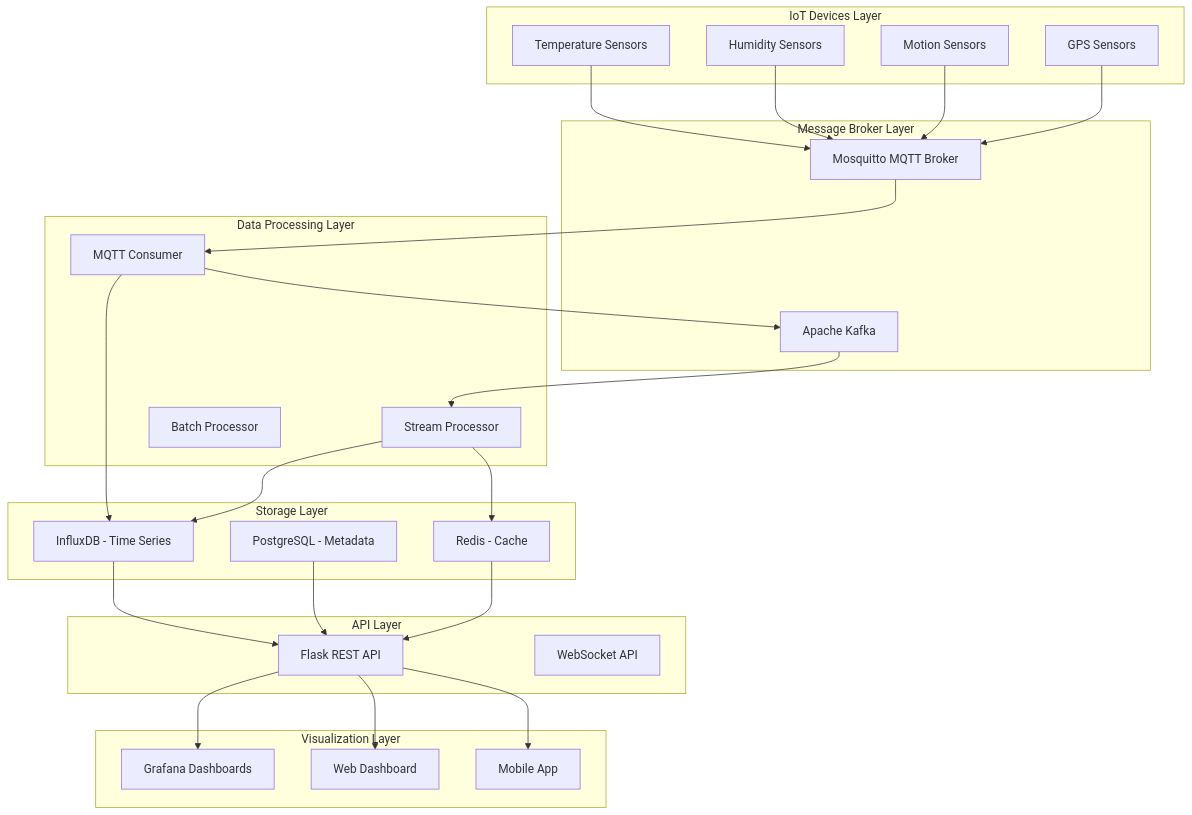
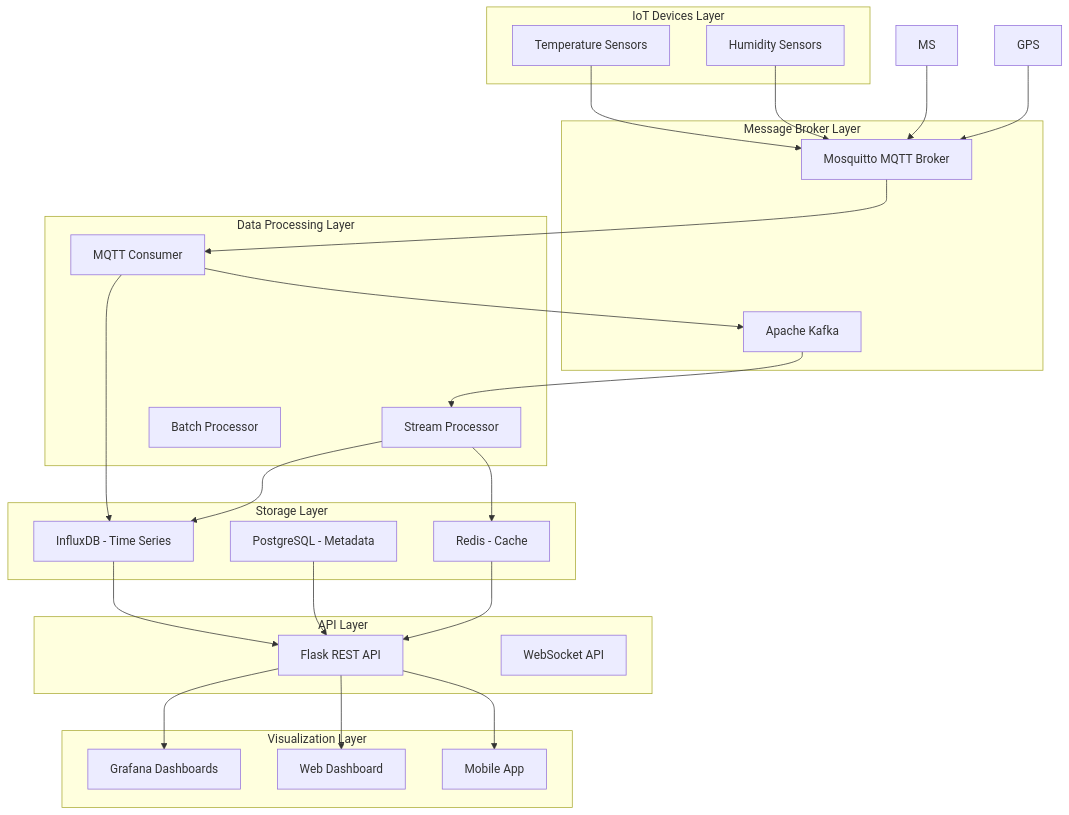
The first of 5 diagrams in README.md (PENE18/iot-data-engineering), drawn with Mermaid before and after one commit.

````diff
--- a/README.md
+++ b/README.md
@@ -29,58 +29,56 @@
 ```mermaid
 graph TB
     subgraph "IoT Devices Layer"
         TS[Temperature Sensors]
         HS[Humidity Sensors]
-        MS[Motion Sensors]
-        GPS[GPS Sensors]
     end
     
     subgraph "Message Broker Layer"
         MQTT[Mosquitto MQTT Broker]
         KAFKA[Apache Kafka]
     end
     
     subgraph "Data Processing Layer"
         CONSUMER[MQTT Consumer]
         STREAM[Stream Processor]
         BATCH[Batch Processor]
     end
     
     subgraph "Storage Layer"
         INFLUX[InfluxDB - Time Series]
         POSTGRES[PostgreSQL - Metadata]
         REDIS[Redis - Cache]
     end
     
     subgraph "API Layer"
         REST[Flask REST API]
         WS[WebSocket API]
     end
     
     subgraph "Visualization Layer"
         GRAFANA[Grafana Dashboards]
         WEB[Web Dashboard]
         MOBILE[Mobile App]
     end
     
     TS --> MQTT
     HS --> MQTT
     MS --> MQTT
     GPS --> MQTT
     
     MQTT --> CONSUMER
     CONSUMER --> KAFKA
     CONSUMER --> INFLUX
     
     KAFKA --> STREAM
     STREAM --> REDIS
     STREAM --> INFLUX
     
     INFLUX --> REST
     POSTGRES --> REST
     REDIS --> REST
     
     REST --> GRAFANA
     REST --> WEB
     REST --> MOBILE
 ```
````
